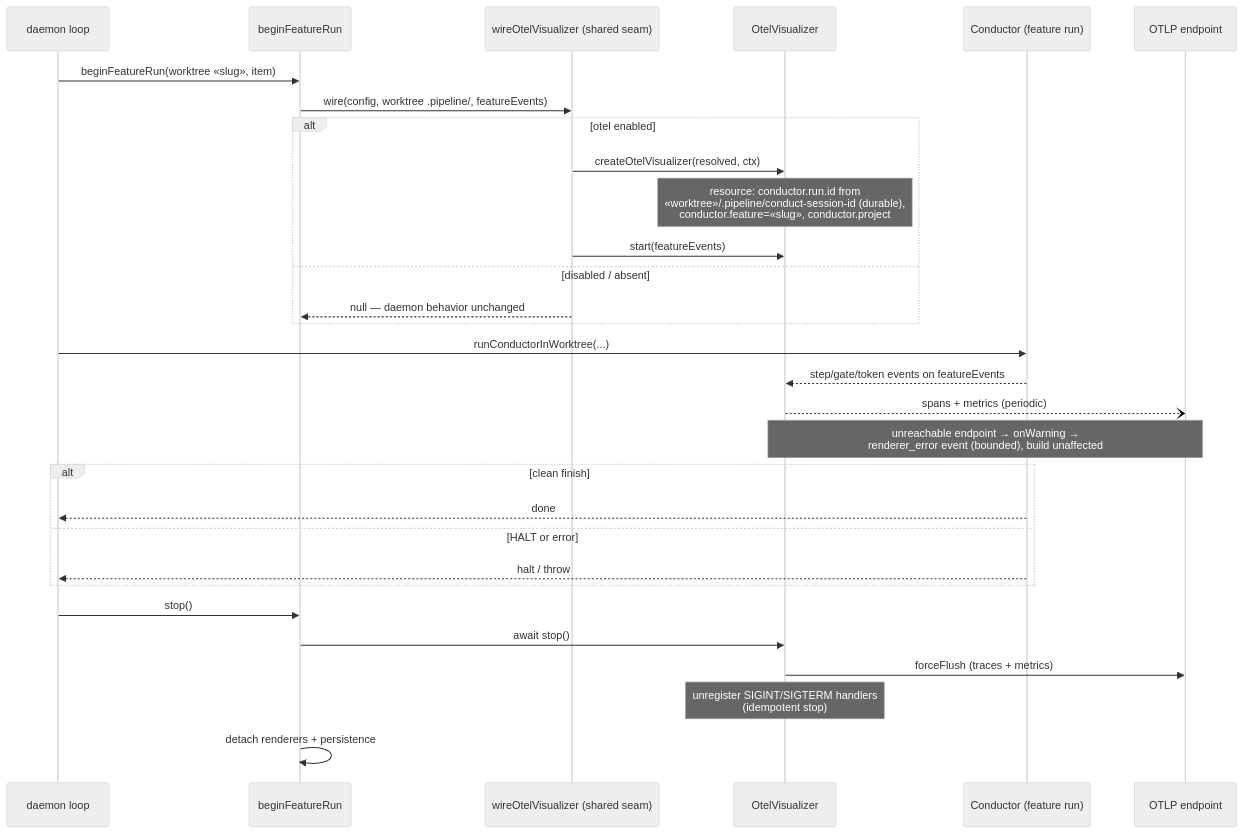
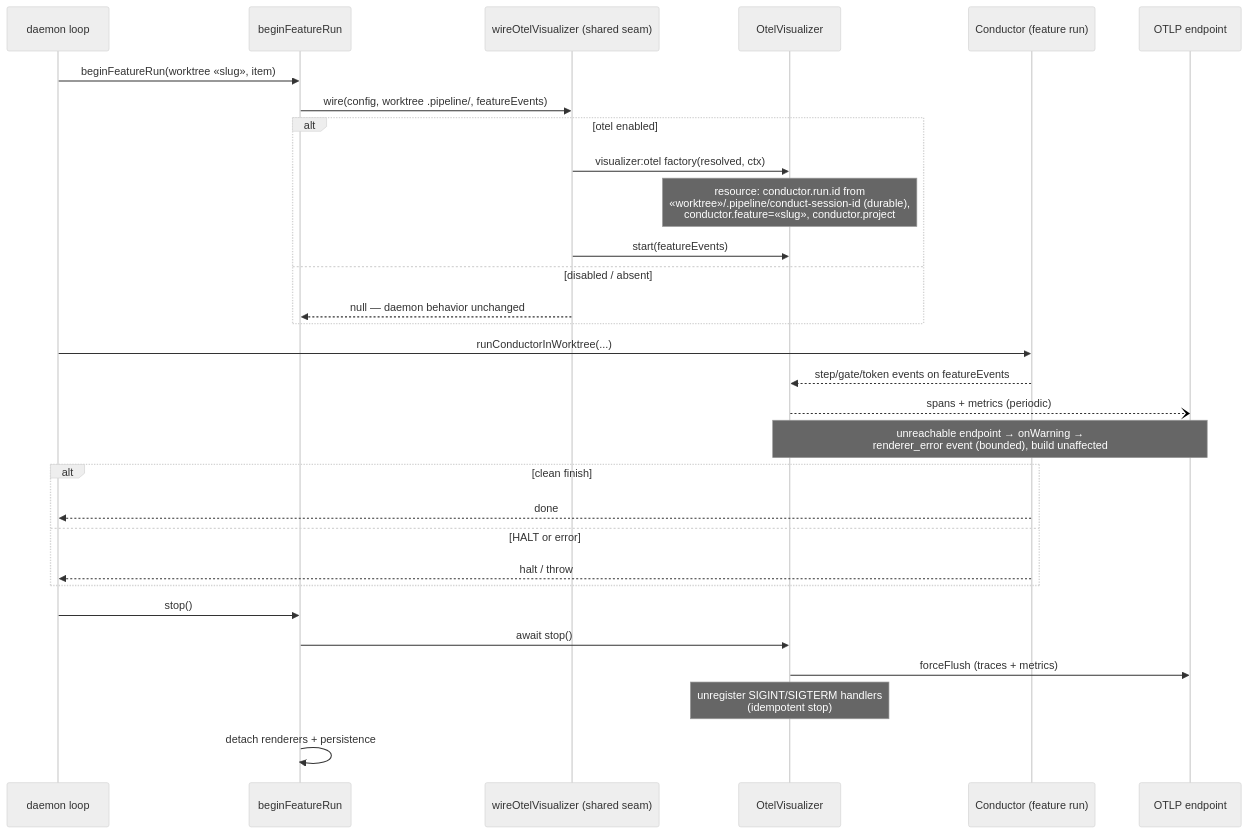
Before and after one commit to jstoup111/ai-conductor: the diagram in .docs/architecture/sequences/daemon-dispatched-builds-emit-no-otel-telemetry-th.md, drawn with Mermaid (neutral theme). The commit also changed 3 other files, not shown here.

````diff
--- a/.docs/architecture/sequences/daemon-dispatched-builds-emit-no-otel-telemetry-th.md
+++ b/.docs/architecture/sequences/daemon-dispatched-builds-emit-no-otel-telemetry-th.md
@@ -9,33 +9,33 @@
 ```mermaid
 sequenceDiagram
     participant D as daemon loop
     participant B as beginFeatureRun
     participant W as wireOtelVisualizer (shared seam)
     participant V as OtelVisualizer
     participant C as Conductor (feature run)
     participant O as OTLP endpoint
 
     D->>B: beginFeatureRun(worktree «slug», item)
     B->>W: wire(config, worktree .pipeline/, featureEvents)
     alt otel enabled
-        W->>V: createOtelVisualizer(resolved, ctx)
+        W->>V: visualizer:otel factory(resolved, ctx)
         Note over V: resource: conductor.run.id from<br/>«worktree»/.pipeline/conduct-session-id (durable),<br/>conductor.feature=«slug», conductor.project
         W->>V: start(featureEvents)
     else disabled / absent
         W-->>B: null — daemon behavior unchanged
     end
     D->>C: runConductorInWorktree(...)
     C-->>V: step/gate/token events on featureEvents
     V--)O: spans + metrics (periodic)
     Note over V,O: unreachable endpoint → onWarning →<br/>renderer_error event (bounded), build unaffected
     alt clean finish
         C-->>D: done
     else HALT or error
         C-->>D: halt / throw
     end
     D->>B: stop()
     B->>V: await stop()
     V->>O: forceFlush (traces + metrics)
     Note over V: unregister SIGINT/SIGTERM handlers<br/>(idempotent stop)
     B->>B: detach renderers + persistence
 ```
````
